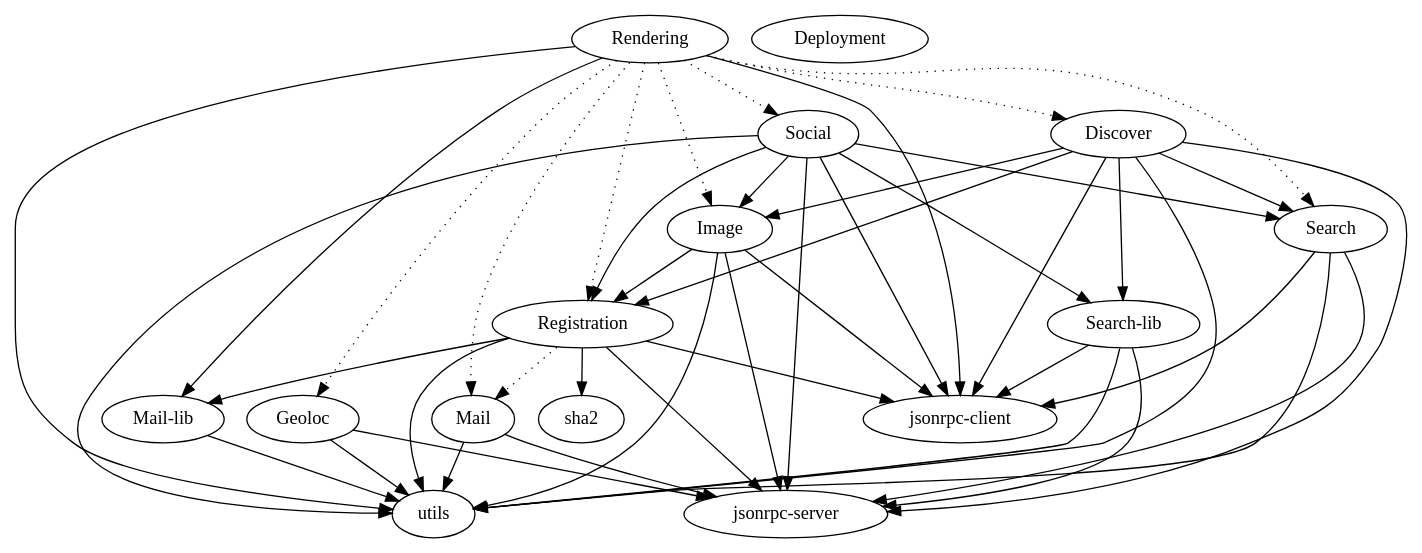
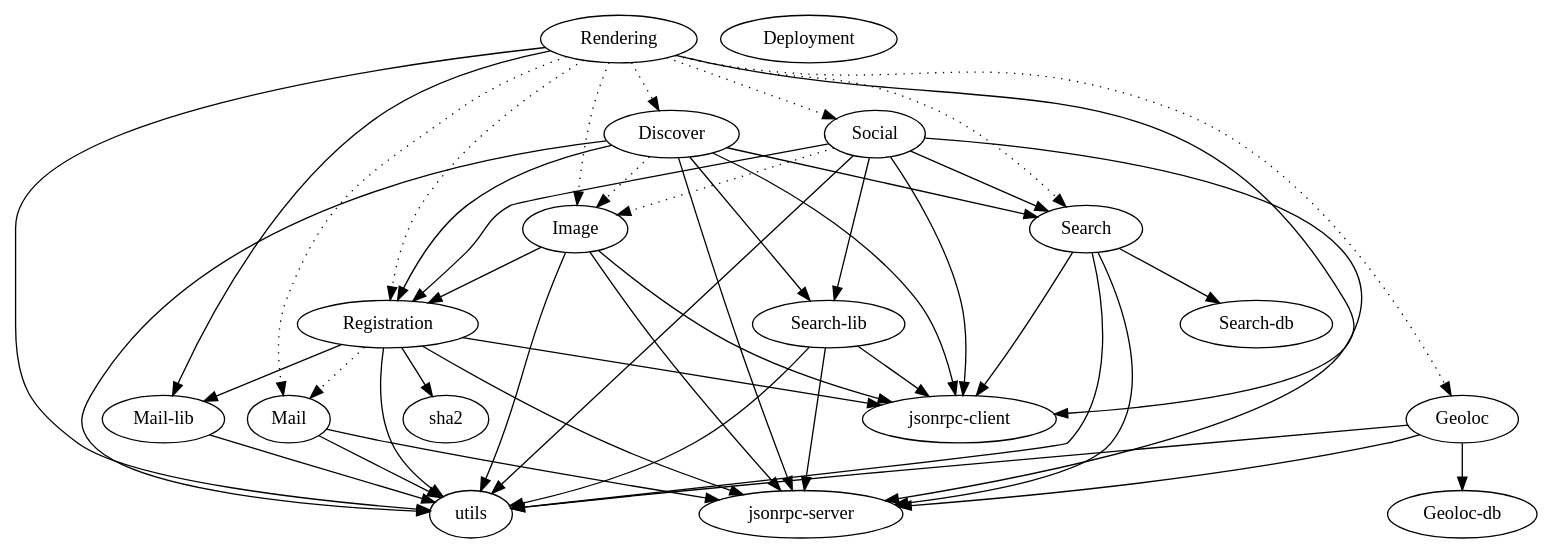
Before and after one commit to fsarda/node-deployment: the diagram in docs/dependencies.dot, drawn with Graphviz. The commit also changed 2 other files, not shown here.

Commit message:
updating dependency graph in docs and server configuration since image server no longer has har dependencies

```diff
--- a/docs/dependencies.dot
+++ b/docs/dependencies.dot
@@ -1,48 +1,51 @@
 digraph AgroDependencies {
 	Mail -> utils;
 	Mail -> "jsonrpc-server";
 	"Mail-lib" -> utils;
 	Registration -> Mail [style=dotted];
 	Registration -> "Mail-lib";
 	Registration -> utils;
 	Registration -> "jsonrpc-server";
 	Registration -> "jsonrpc-client";
 	Registration -> sha2;
 	Image -> Registration;
 	Image -> "jsonrpc-server";
 	Image -> "jsonrpc-client";
 	Image -> utils;
-	Social -> Image;
+	Social -> Image [style=dotted];
 	Social -> Registration;
 	Social -> Search;
 	Social -> "jsonrpc-server";
 	Social -> "jsonrpc-client";
 	Social -> utils;
 	Social -> "Search-lib";
-	Discover -> Image;
+	Discover -> Image [style=dotted];
 	Discover -> Registration;
 	Discover -> Search;
 	Discover -> "jsonrpc-server";
 	Discover -> "jsonrpc-client";
 	Discover -> utils;
 	Discover -> "Search-lib";
 	Geoloc -> "jsonrpc-server";
 	Geoloc -> utils;
+	Geoloc -> "Geoloc-db";
 	Search -> "jsonrpc-server";
 	Search -> "jsonrpc-client";
 	Search -> utils;
+	Search -> "Search-db";
 	"Search-lib" -> "jsonrpc-server";
 	"Search-lib" -> "jsonrpc-client";
 	"Search-lib" -> utils;
 	Deployment;
 	Rendering -> utils;
 	Rendering -> "jsonrpc-client";
 	Rendering -> "Mail-lib";
 	Rendering -> Social [style=dotted];
 	Rendering -> Discover [style=dotted];
 	Rendering -> Image [style=dotted];
 	Rendering -> Geoloc [style=dotted];
 	Rendering -> Registration [style=dotted];
 	Rendering -> Search [style=dotted];
 	Rendering -> Mail [style=dotted];
+	
 }
```
